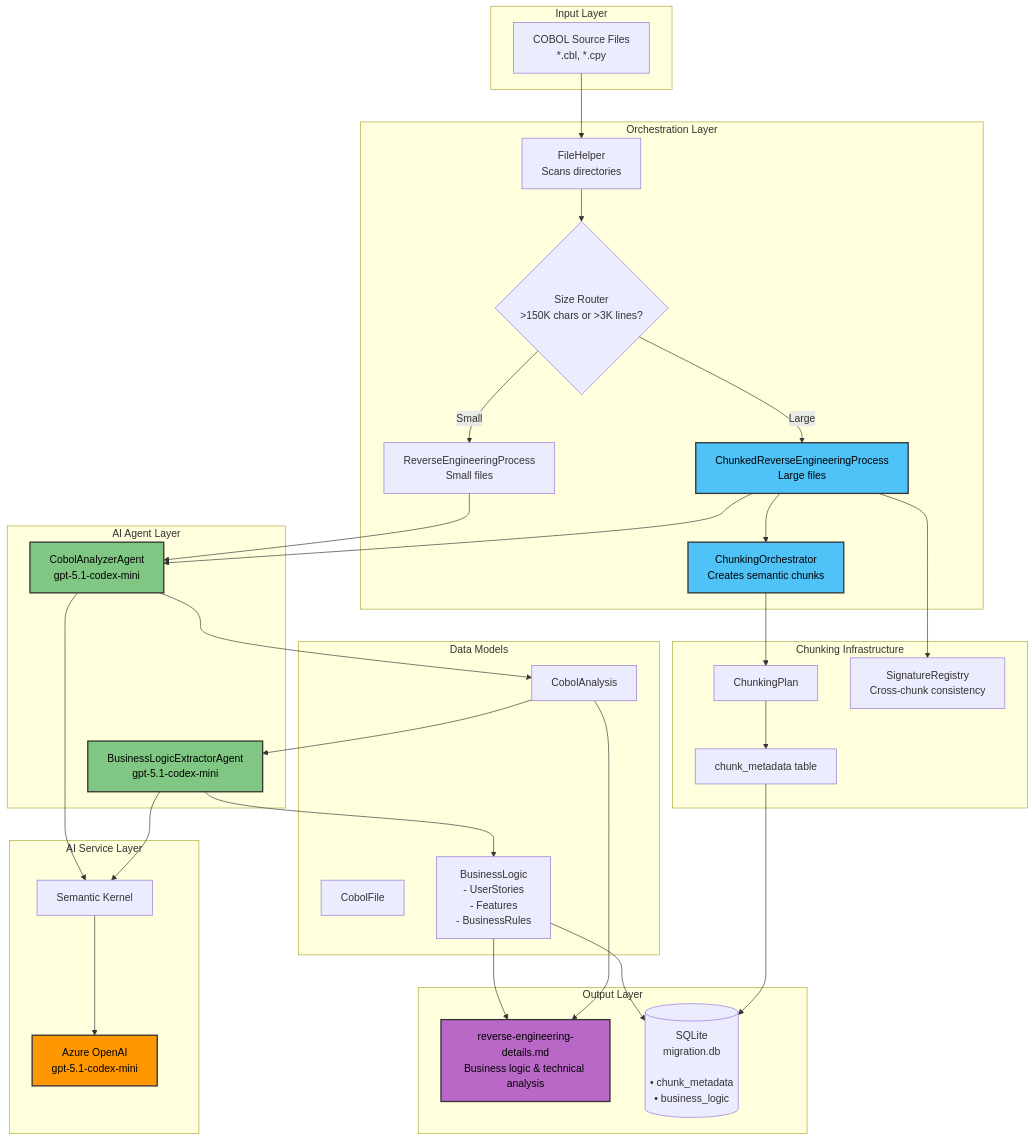
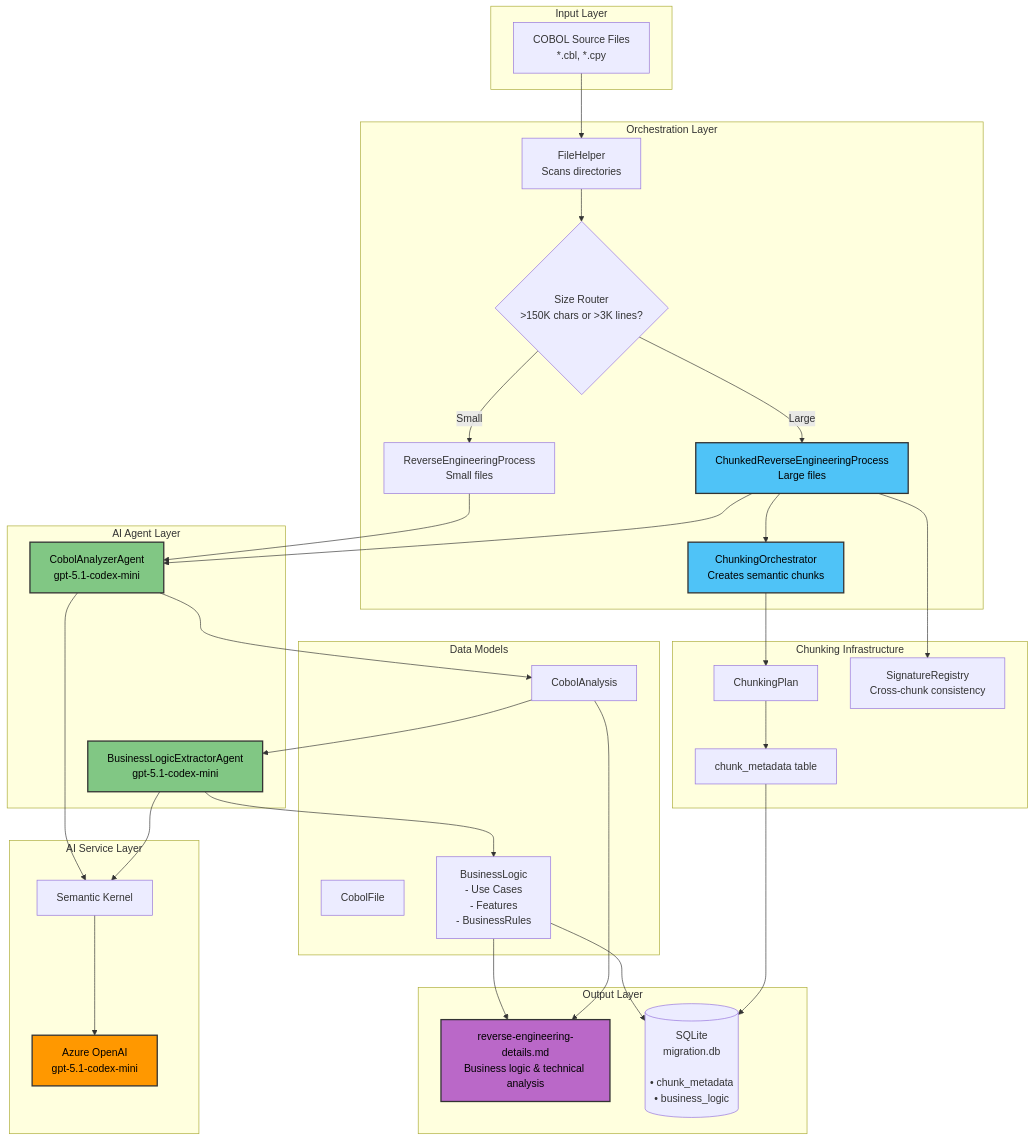
The second of 7 diagrams in docs/REVERSE_ENGINEERING_ARCHITECTURE.md (Azure-Samples/Legacy-Modernization-Agents), drawn with Mermaid before and after one commit. The commit also changed other lines of this file and 1 other file, not shown here.

Commit message:
Update reverse engineering docs for Use Cases output (#117)
* fix: [docs] Documentation update needed after changes landed on main by

* Potential fix for pull request finding

* Fix formatting of BusinessLogicModel in documentation

---------

````diff
--- a/docs/REVERSE_ENGINEERING_ARCHITECTURE.md
+++ b/docs/REVERSE_ENGINEERING_ARCHITECTURE.md
@@ -62,74 +62,74 @@
 ```mermaid
 graph TB
     subgraph "Input Layer"
         COBOL[COBOL Source Files<br/>*.cbl, *.cpy]
     end
     
     subgraph "Orchestration Layer"
         FileHelper[FileHelper<br/>Scans directories]
         SizeRouter{Size Router<br/>>150K chars or >3K lines?}
         REProcess[ReverseEngineeringProcess<br/>Small files]
         ChunkedRE[ChunkedReverseEngineeringProcess<br/>Large files]
         ChunkOrch[ChunkingOrchestrator<br/>Creates semantic chunks]
     end
     
     subgraph "AI Agent Layer"
         CobolAnalyzer[CobolAnalyzerAgent<br/>gpt-5.1-codex-mini]
         BusinessLogic[BusinessLogicExtractorAgent<br/>gpt-5.1-codex-mini]
     end
     
     subgraph "AI Service Layer"
         SK[Semantic Kernel]
         Azure[Azure OpenAI<br/>gpt-5.1-codex-mini]
     end
     
     subgraph "Data Models"
         CobolFile[CobolFile]
         CobolAnalysis[CobolAnalysis]
-        BusinessLogicModel[BusinessLogic<br/>- UserStories<br/>- Features<br/>- BusinessRules]
+        BusinessLogicModel[BusinessLogic<br/>- Use Cases<br/>- Features<br/>- BusinessRules]
     end
     
     subgraph "Chunking Infrastructure"
         ChunkPlan[ChunkingPlan]
         ChunkMeta[chunk_metadata table]
         SigRegistry[SignatureRegistry<br/>Cross-chunk consistency]
     end
     
     subgraph "Output Layer"
         DetailsMD[reverse-engineering-details.md<br/>Business logic & technical analysis]
         DB[(SQLite<br/>migration.db<br/><br/>• chunk_metadata<br/>• business_logic)]
     end
     
     COBOL --> FileHelper
     FileHelper --> SizeRouter
     SizeRouter -->|Small| REProcess
     SizeRouter -->|Large| ChunkedRE
     ChunkedRE --> ChunkOrch
     ChunkOrch --> ChunkPlan
     ChunkPlan --> ChunkMeta
     
     REProcess --> CobolAnalyzer
     ChunkedRE --> CobolAnalyzer
     ChunkedRE --> SigRegistry
     
     CobolAnalyzer --> SK
     BusinessLogic --> SK
     SK --> Azure
     
     CobolAnalyzer --> CobolAnalysis
     BusinessLogic --> BusinessLogicModel
     
     CobolAnalysis --> BusinessLogic
     
     BusinessLogicModel --> DetailsMD
     BusinessLogicModel --> DB
     CobolAnalysis --> DetailsMD
     ChunkMeta --> DB
     
     style ChunkedRE fill:#4fc3f7,stroke:#333,stroke-width:2px,color:#000
     style ChunkOrch fill:#4fc3f7,stroke:#333,stroke-width:2px,color:#000
     style CobolAnalyzer fill:#81c784,stroke:#333,stroke-width:2px,color:#000
     style BusinessLogic fill:#81c784,stroke:#333,stroke-width:2px,color:#000
     style Azure fill:#ff9800,stroke:#333,stroke-width:2px,color:#000
     style DetailsMD fill:#ba68c8,stroke:#333,stroke-width:2px,color:#000
 ```
````
